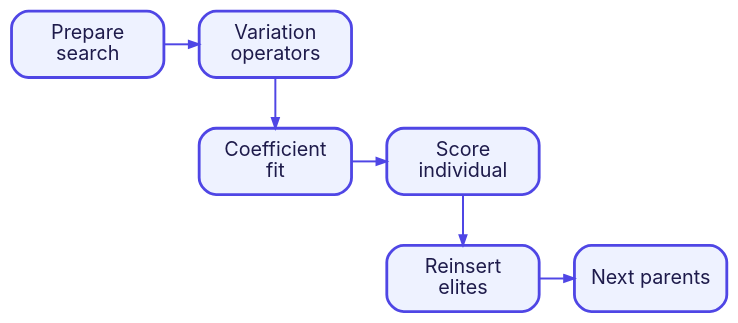
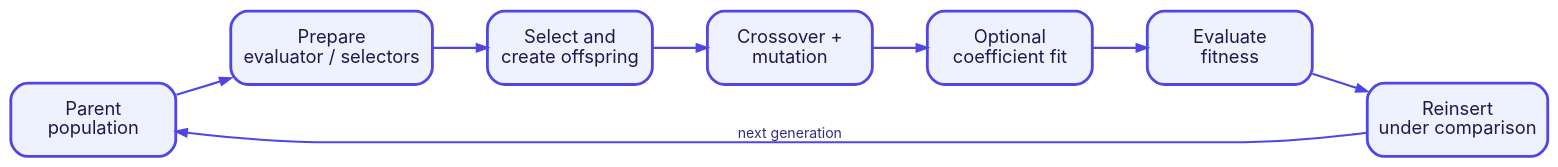
Before and after one commit to heal-research/operon: the diagram in docs/mkdocs/diagrams/search-optimization.dot, drawn with Graphviz. The commit also changed 19 other files, not shown here.

Commit message:
Expand architecture and API documentation

```diff
--- a/docs/mkdocs/diagrams/search-optimization.dot
+++ b/docs/mkdocs/diagrams/search-optimization.dot
@@ -1,22 +1,21 @@
 digraph search_optimization {
-  graph [rankdir=TB, bgcolor="transparent", nodesep=0.35, ranksep=0.5, pad=0.1];
-  node [shape=box, style="rounded,filled", fillcolor="#EEF2FF", color="#4F46E5", penwidth=2, fontname="Inter", fontsize=14, fontcolor="#1E1B4B", width=1.5, height=0.65, fixedsize=true];
-  edge [color="#4F46E5", penwidth=1.4, arrowsize=0.7, fontname="Inter", fontsize=10, fontcolor="#312E81"];
+  graph [rankdir=LR, bgcolor="transparent", nodesep=0.38, ranksep=0.52, pad=0.12];
+  node [shape=box, style="rounded,filled", fillcolor="#EEF2FF", color="#4F46E5", penwidth=2, fontname="Inter", fontsize=13, fontcolor="#1E1B4B", width=1.62, height=0.72];
+  edge [color="#4F46E5", penwidth=1.5, arrowsize=0.75, fontname="Inter", fontsize=10, fontcolor="#312E81"];
 
-  prepare [label="Prepare\nsearch"];
-  variation [label="Variation\noperators"];
-  fit [label="Coefficient\nfit"];
-  score [label="Score\nindividual"];
-  reinsert [label="Reinsert\nelites"];
-  parents [label="Next parents"];
+  parents [label="Parent\npopulation"];
+  prepare [label="Prepare\nevaluator / selectors"];
+  select [label="Select and\ncreate offspring"];
+  vary [label="Crossover +\nmutation"];
+  fit [label="Optional\ncoefficient fit"];
+  score [label="Evaluate\nfitness"];
+  reinsert [label="Reinsert\nunder comparison"];
 
-  { rank=same; prepare; variation; }
-  { rank=same; fit; score; }
-  { rank=same; reinsert; parents; }
-
-  prepare -> variation;
-  variation -> fit;
+  parents -> prepare;
+  prepare -> select;
+  select -> vary;
+  vary -> fit;
   fit -> score;
   score -> reinsert;
-  reinsert -> parents;
+  reinsert -> parents [label="next generation"];
 }
```
